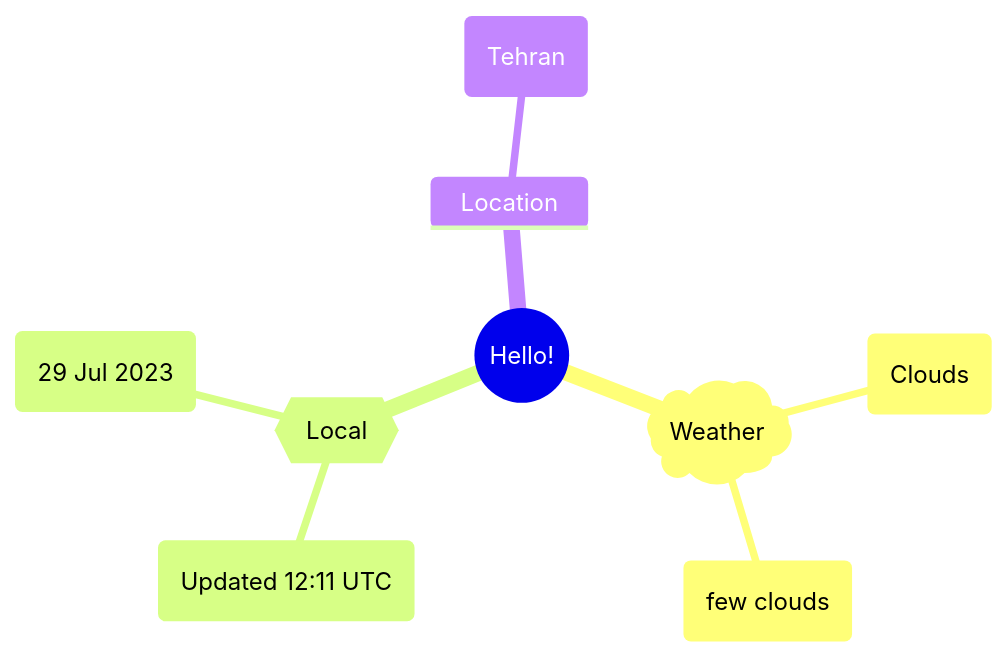
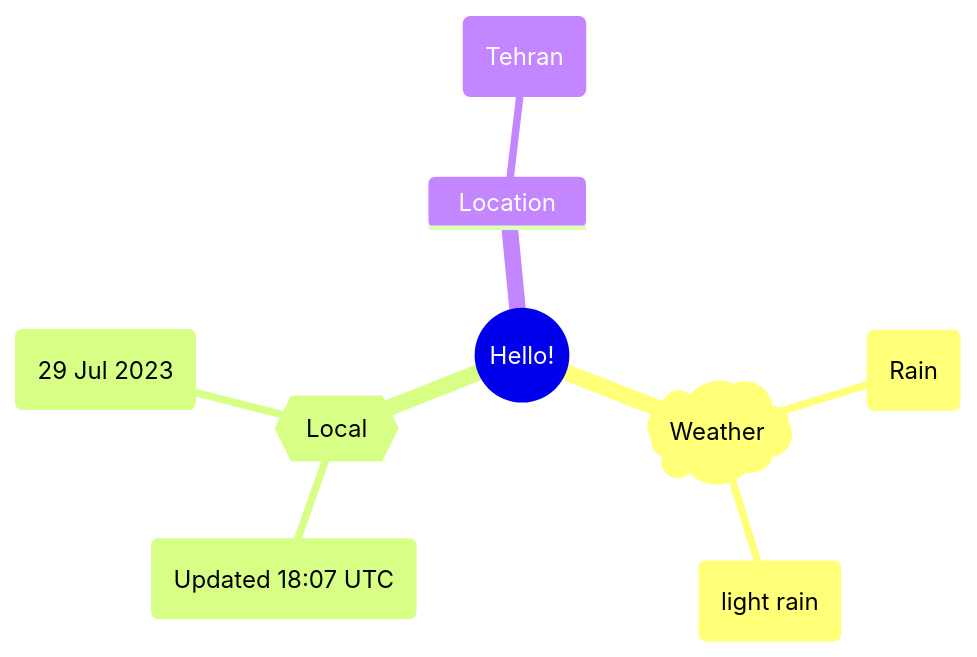
One commit to Xosrov/Xosrov changed the first of 2 diagrams in README.md. Above: the diagram before and after it, drawn with Mermaid.

Commit message:
[bot] updated images

````diff
--- a/README.md
+++ b/README.md
@@ -3,12 +3,12 @@
 ```mermaid
 mindmap
   root((Hello!))
     )Weather(
-        (Clouds)
-        (few clouds)
+        (Rain)
+        (light rain)
     {{Local}}
-        (Updated 12:11 UTC)
+        (Updated 18:07 UTC)
         (29 Jul 2023)
     Location
         (Tehran)
 ```
````
